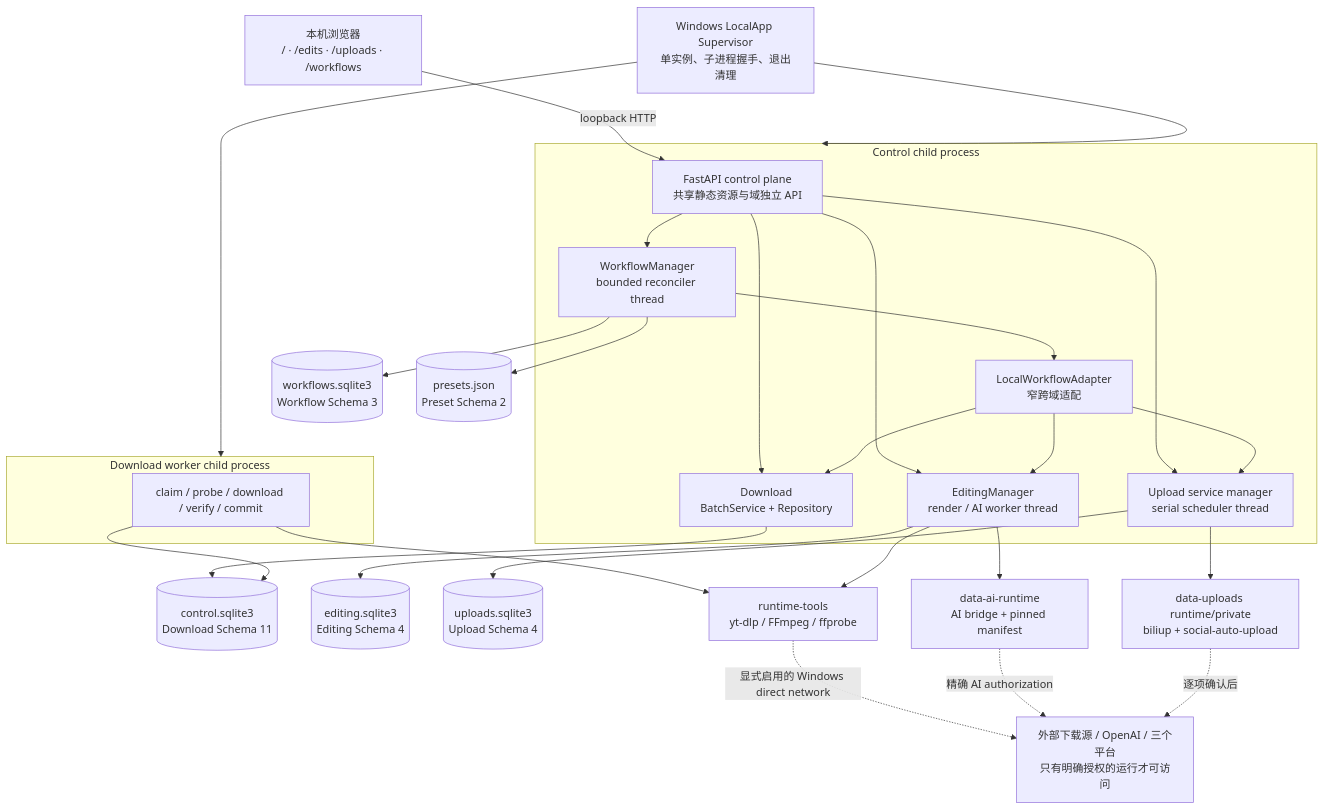
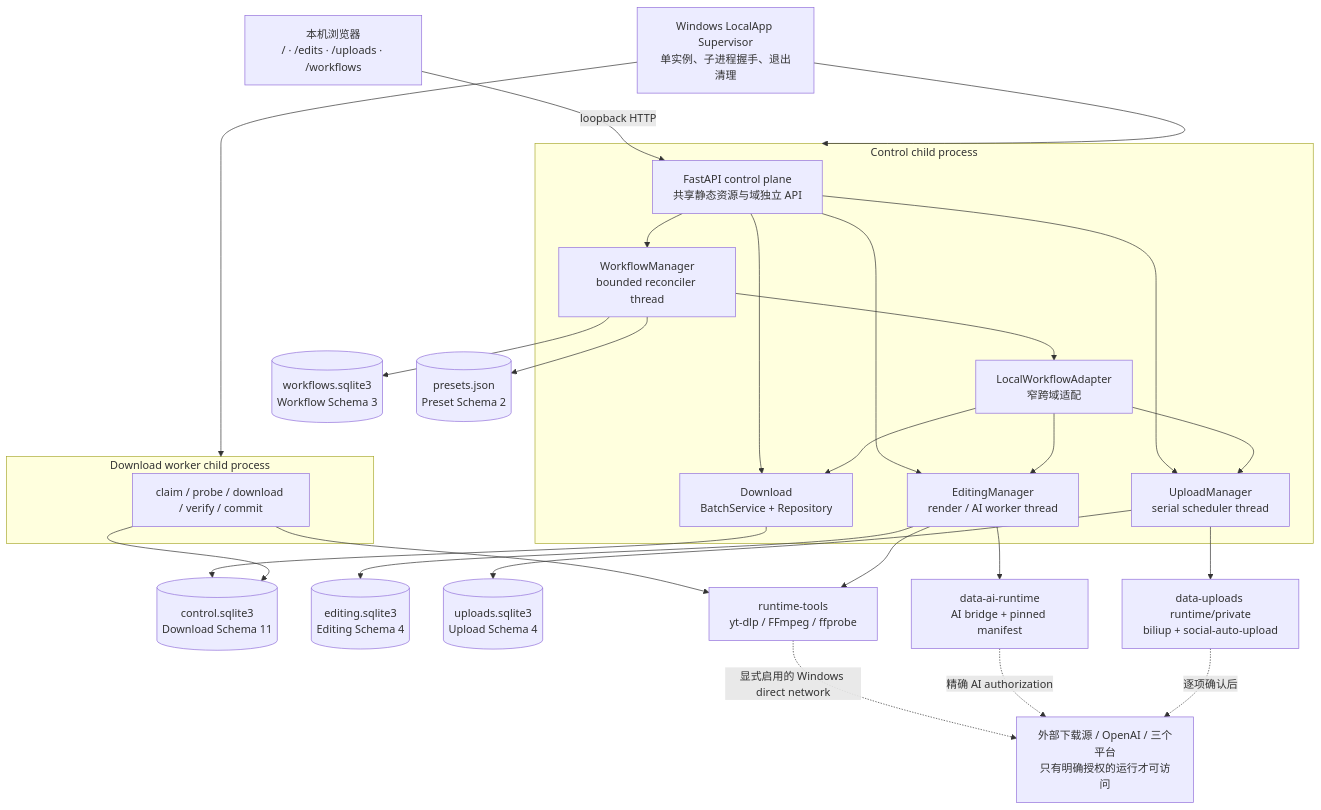
One commit to HedgehogsGX/Open-Flame changed the first of 3 diagrams in docs/CURRENT_ARCHITECTURE.md. Above: the diagram before and after it, drawn with Mermaid. The commit also changed other lines of this file and 8 other files, not shown here.

````diff
--- a/docs/CURRENT_ARCHITECTURE.md
+++ b/docs/CURRENT_ARCHITECTURE.md
@@ -28,54 +28,54 @@
 ```mermaid
 flowchart TB
     User["本机浏览器<br/>/ · /edits · /uploads · /workflows"]
     Supervisor["Windows LocalApp Supervisor<br/>单实例、子进程握手、退出清理"]
 
     subgraph Control["Control child process"]
         API["FastAPI control plane<br/>共享静态资源与域独立 API"]
         DownloadService["Download<br/>BatchService + Repository"]
         Editing["EditingManager<br/>render / AI worker thread"]
-        Upload["Upload service manager<br/>serial scheduler thread"]
+        Upload["UploadManager<br/>serial scheduler thread"]
         Workflow["WorkflowManager<br/>bounded reconciler thread"]
         Adapter["LocalWorkflowAdapter<br/>窄跨域适配"]
         API --> DownloadService
         API --> Editing
         API --> Upload
         API --> Workflow
         Workflow --> Adapter
         Adapter --> DownloadService
         Adapter --> Editing
         Adapter --> Upload
     end
 
     subgraph DownloadWorker["Download worker child process"]
         Worker["claim / probe / download / verify / commit"]
     end
 
     DDB[("control.sqlite3<br/>Download Schema 11")]
     EDB[("editing.sqlite3<br/>Editing Schema 4")]
     UDB[("uploads.sqlite3<br/>Upload Schema 4")]
     WDB[("workflows.sqlite3<br/>Workflow Schema 3")]
     Presets[("presets.json<br/>Preset Schema 2")]
 
     Tools["runtime-tools<br/>yt-dlp / FFmpeg / ffprobe"]
     AIRuntime["data-ai-runtime<br/>AI bridge + pinned manifest"]
     UploadRuntime["data-uploads runtime/private<br/>biliup + social-auto-upload"]
     External["外部下载源 / OpenAI / 三个平台<br/>只有明确授权的运行才可访问"]
 
     User -->|loopback HTTP| API
     Supervisor --> Control
     Supervisor --> DownloadWorker
     DownloadService --> DDB
     Worker --> DDB
     Worker --> Tools
     Editing --> EDB
     Editing --> Tools
     Editing --> AIRuntime
     Upload --> UDB
     Upload --> UploadRuntime
     Workflow --> WDB
     Workflow --> Presets
     Tools -.显式启用的 Windows direct network.-> External
     AIRuntime -.精确 AI authorization.-> External
     UploadRuntime -.逐项确认后.-> External
 ```
````
